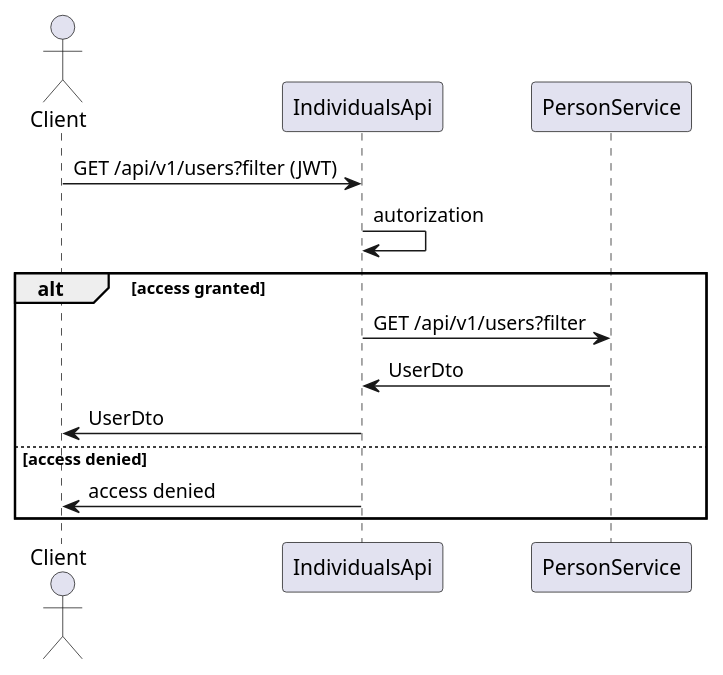
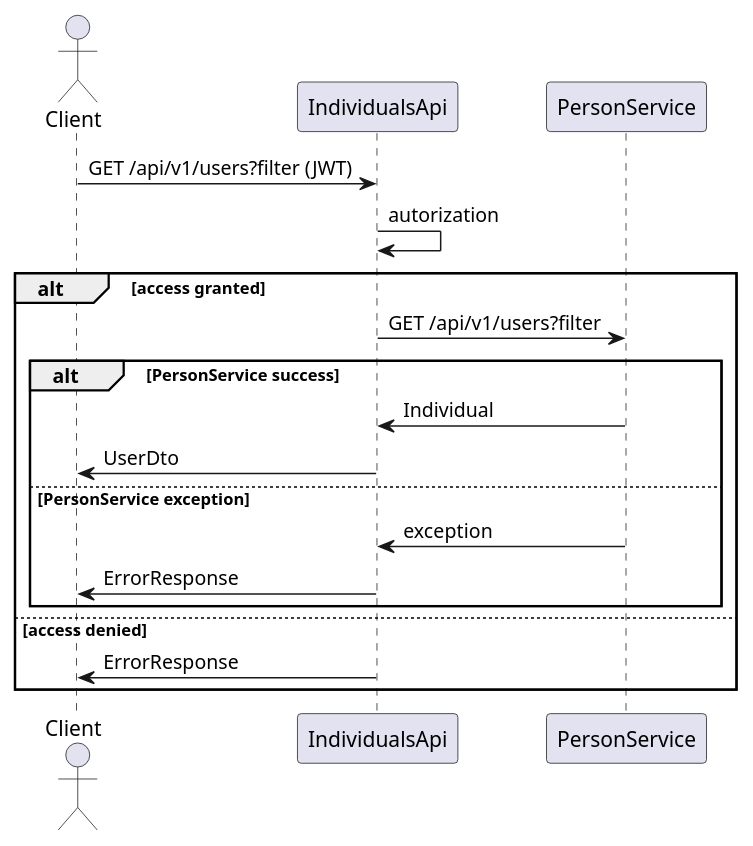
One commit to diamam90/payment-system changed the diagram in diagram/get-user.puml. Above: the diagram before and after it, drawn with PlantUML. The commit also changed 7 other files, not shown here.

Commit message:
добавлены диаграммы для person-service

```diff
--- a/diagram/get-user.puml
+++ b/diagram/get-user.puml
@@ -1,15 +1,22 @@
 @startuml
 actor Client
 participant IndividualsApi
 participant PersonService
 
 Client -> IndividualsApi: GET /api/v1/users?filter (JWT)
 IndividualsApi-> IndividualsApi: autorization
 alt access granted
-IndividualsApi -> PersonService: GET /api/v1/users?filter
-PersonService->IndividualsApi: UserDto
-IndividualsApi -> Client: UserDto
+    IndividualsApi -> PersonService: GET /api/v1/users?filter
+
+    alt PersonService success
+        PersonService -> IndividualsApi: Individual
+        IndividualsApi -> Client: UserDto
+    else PersonService exception
+        PersonService -> IndividualsApi: exception
+        IndividualsApi -> Client: ErrorResponse
+    end
+
 else access denied
-IndividualsApi -> Client: access denied
+    IndividualsApi -> Client: ErrorResponse
 end
 @enduml
```
